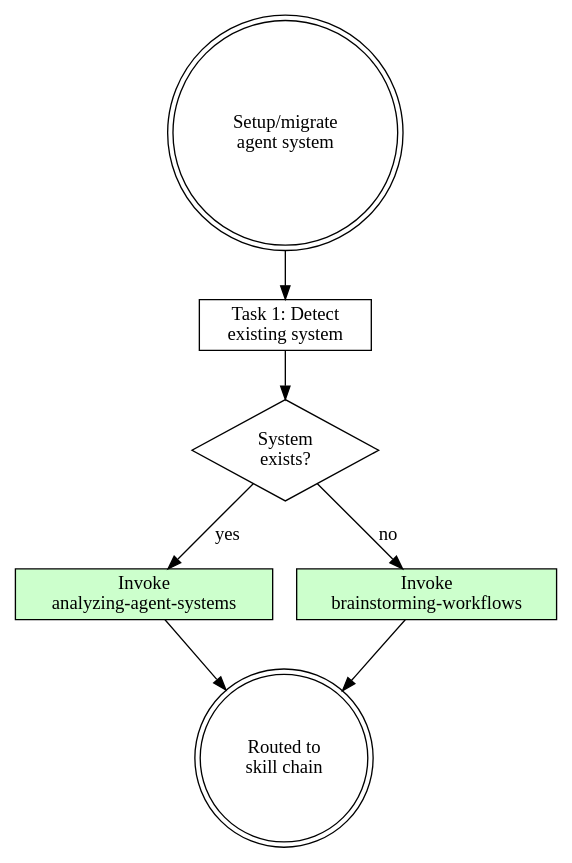
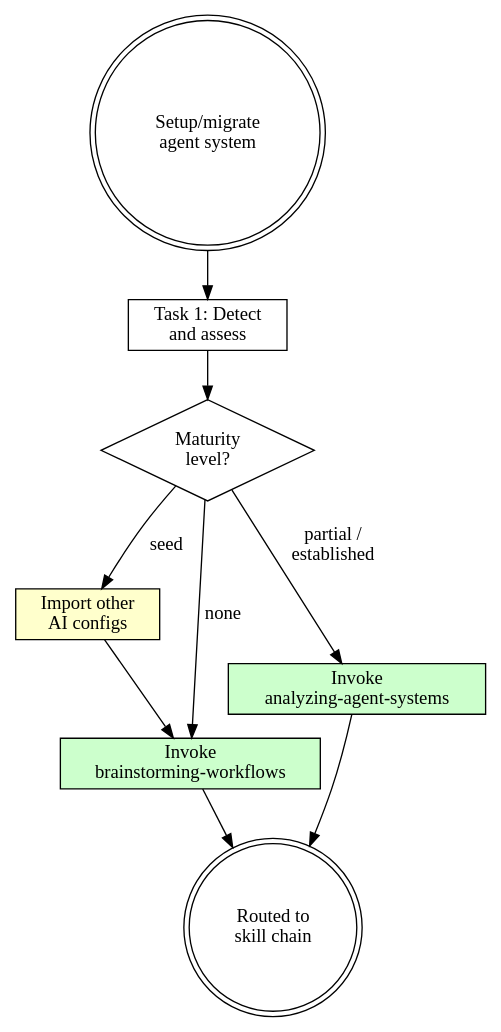
The diagram in plugins/rcc/skills/migrating-agent-systems/SKILL.md (wayne930242/Reflexive-Claude-Code), drawn with Graphviz before and after one commit. The commit also changed other lines of this file and 21 other files, not shown here.

````diff
--- a/plugins/rcc/skills/migrating-agent-systems/SKILL.md
+++ b/plugins/rcc/skills/migrating-agent-systems/SKILL.md
@@ -103,19 +135,22 @@
 ```dot
 digraph migrate_agent {
     rankdir=TB;
 
     start [label="Setup/migrate\nagent system", shape=doublecircle];
-    detect [label="Task 1: Detect\nexisting system", shape=box];
-    exists [label="System\nexists?", shape=diamond];
+    detect [label="Task 1: Detect\nand assess", shape=box];
+    maturity [label="Maturity\nlevel?", shape=diamond];
+    import_cfg [label="Import other\nAI configs", shape=box, style=filled, fillcolor="#ffffcc"];
+    brainstorm [label="Invoke\nbrainstorming-workflows", shape=box, style=filled, fillcolor="#ccffcc"];
     analyze [label="Invoke\nanalyzing-agent-systems", shape=box, style=filled, fillcolor="#ccffcc"];
-    brainstorm [label="Invoke\nbrainstorming-workflows", shape=box, style=filled, fillcolor="#ccffcc"];
     done [label="Routed to\nskill chain", shape=doublecircle];
 
     start -> detect;
-    detect -> exists;
-    exists -> analyze [label="yes"];
-    exists -> brainstorm [label="no"];
+    detect -> maturity;
+    maturity -> brainstorm [label="none"];
+    maturity -> import_cfg [label="seed"];
+    maturity -> analyze [label="partial /\nestablished"];
+    import_cfg -> brainstorm;
+    brainstorm -> done;
     analyze -> done;
-    brainstorm -> done;
 }
 ```
````
